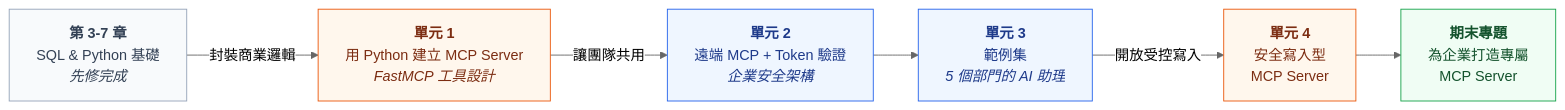
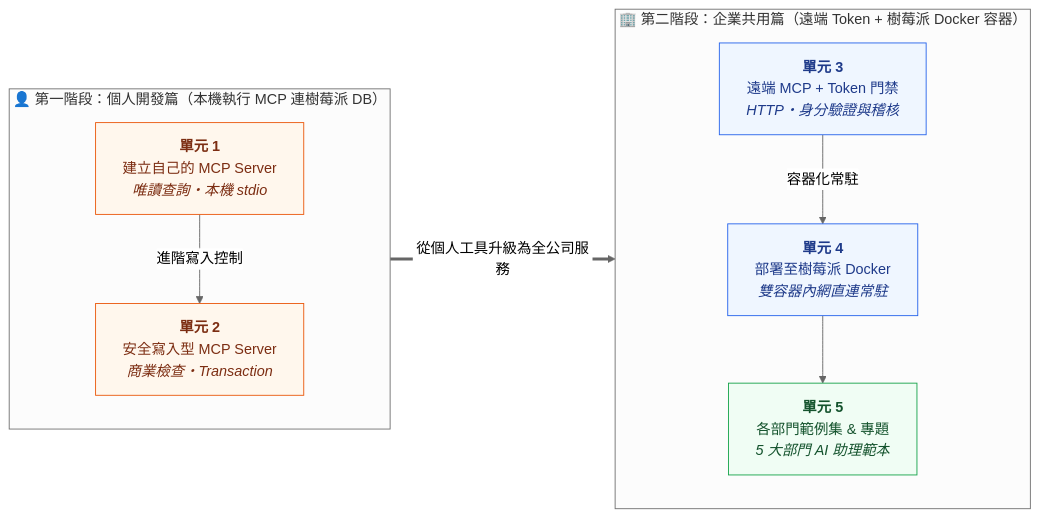
The second of 2 diagrams in mcp_server/README.md (roberthsu2003/postgreSQL_MCP), drawn with Mermaid (neutral theme) before and after one commit. The commit also changed other lines of this file and 11 other files, not shown here.

````diff
--- a/mcp_server/README.md
+++ b/mcp_server/README.md
@@ -53,19 +54,24 @@
 ```mermaid
 flowchart LR
-    P["<b>第 3-7 章</b><br/>SQL & Python 基礎<br/><i>先修完成</i>"]
-    U1["<b>單元 1</b><br/>用 Python 建立 MCP Server<br/><i>FastMCP 工具設計</i>"]
-    U2["<b>單元 2</b><br/>遠端 MCP + Token 驗證<br/><i>企業安全架構</i>"]
-    U3["<b>單元 3</b><br/>範例集<br/><i>5 個部門的 AI 助理</i>"]
-    U4["<b>單元 4</b><br/>安全寫入型<br/>MCP Server"]
-    F["<b>期末專題</b><br/>為企業打造專屬<br/>MCP Server"]
-    P -->|"封裝商業邏輯"| U1 -->|"讓團隊共用"| U2 --> U3 -->|"開放受控寫入"| U4 --> F
+    subgraph Solo ["👤 第一階段：個人開發篇（本機執行 MCP 連樹莓派 DB）"]
+        U1["<b>單元 1</b><br/>建立自己的 MCP Server<br/><i>唯讀查詢・本機 stdio</i>"]
+        U2["<b>單元 2</b><br/>安全寫入型 MCP Server<br/><i>商業檢查・Transaction</i>"]
+        U1 -->|"進階寫入控制"| U2
+    end
 
-    classDef pre fill:#f8fafc,stroke:#94a3b8,color:#334155
+    subgraph Team ["🏢 第二階段：企業共用篇（遠端 Token + 樹莓派 Docker 容器）"]
+        U3["<b>單元 3</b><br/>遠端 MCP + Token 門禁<br/><i>HTTP・身分驗證與稽核</i>"]
+        U4["<b>單元 4</b><br/>部署至樹莓派 Docker<br/><i>雙容器內網直連常駐</i>"]
+        U5["<b>單元 5</b><br/>各部門範例集 & 專題<br/><i>5 大部門 AI 助理範本</i>"]
+        U3 -->|"容器化常駐"| U4 --> U5
+    end
+
+    Solo ==>|"從個人工具升級為全公司服務"| Team
+
     classDef local fill:#fff7ed,stroke:#ea580c,color:#7c2d12
     classDef remote fill:#eff6ff,stroke:#2563eb,color:#1e3a8a
     classDef final fill:#f0fdf4,stroke:#16a34a,color:#14532d
-    class P pre
-    class U1,U4 local
-    class U2,U3 remote
-    class F final
+    class U1,U2 local
+    class U3,U4 remote
+    class U5 final
 ```
````
